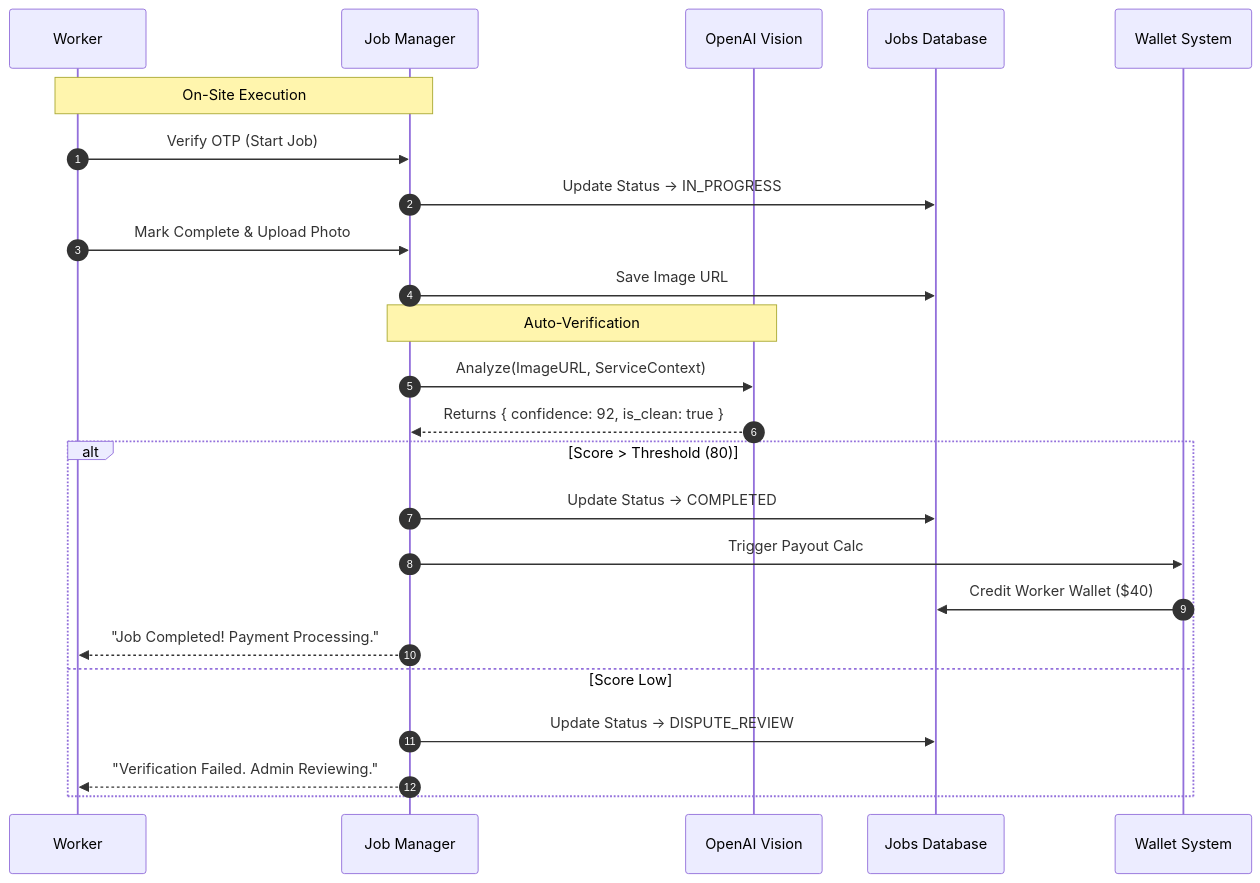
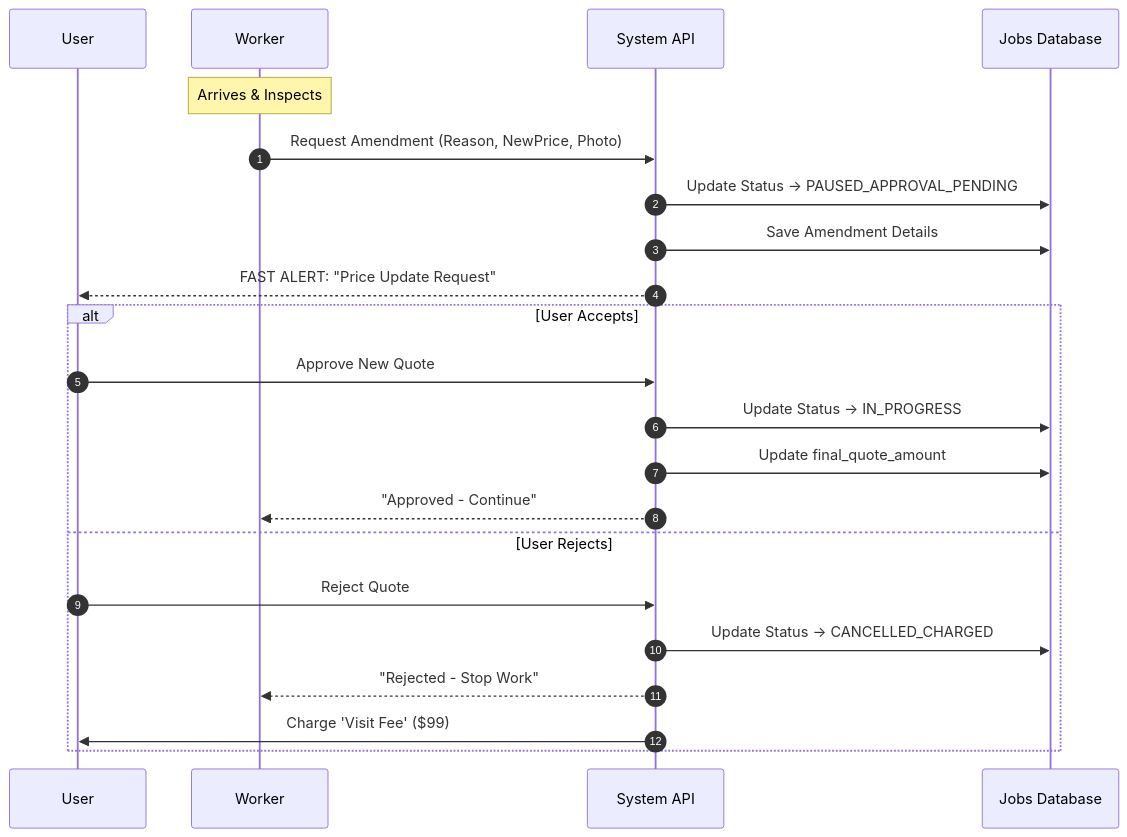
One commit to Somilg11/oddigo-v2 changed the third of 4 diagrams in docs_detailed_flows/detailed/DATA_FLOW_DIAGRAMS.md. Above: the diagram before and after it, drawn with Mermaid. The commit also changed other lines of this file and 4 other files, not shown here.

````diff
--- a/docs_detailed_flows/detailed/DATA_FLOW_DIAGRAMS.md
+++ b/docs_detailed_flows/detailed/DATA_FLOW_DIAGRAMS.md
@@ -78,30 +53,27 @@
 ```mermaid
 sequenceDiagram
     autonumber
+    participant User
     participant Worker
-    participant JobMgr as Job Manager
-    participant AI as OpenAI Vision
+    participant API as System API
     participant DB as Jobs Database
-    participant Wallet as Wallet System
 
-    Note over Worker, JobMgr: On-Site Execution
-    Worker->>JobMgr: Verify OTP (Start Job)
-    JobMgr->>DB: Update Status -> IN_PROGRESS
+    Note over Worker: Arrives & Inspects
+    Worker->>API: Request Amendment (Reason, NewPrice, Photo)
     
-    Worker->>JobMgr: Mark Complete & Upload Photo
-    JobMgr->>DB: Save Image URL
+    API->>DB: Update Status -> PAUSED_APPROVAL_PENDING
+    API->>DB: Save Amendment Details
+    API-->>User: FAST ALERT: "Price Update Request"
     
-    Note over JobMgr, AI: Auto-Verification
-    JobMgr->>AI: Analyze(ImageURL, ServiceContext)
-    AI-->>JobMgr: Returns { confidence: 92, is_clean: true }
-    
-    alt Score > Threshold (80)
-        JobMgr->>DB: Update Status -> COMPLETED
-        JobMgr->>Wallet: Trigger Payout Calc
-        Wallet->>DB: Credit Worker Wallet ($40)
-        JobMgr-->>Worker: "Job Completed! Payment Processing."
-    else Score Low
-        JobMgr->>DB: Update Status -> DISPUTE_REVIEW
-        JobMgr-->>Worker: "Verification Failed. Admin Reviewing."
+    alt User Accepts
+        User->>API: Approve New Quote
+        API->>DB: Update Status -> IN_PROGRESS
+        API->>DB: Update final_quote_amount
+        API-->>Worker: "Approved - Continue"
+    else User Rejects
+        User->>API: Reject Quote
+        API->>DB: Update Status -> CANCELLED_CHARGED
+        API-->>Worker: "Rejected - Stop Work"
+        API->>User: Charge 'Visit Fee' ($99)
     end
 ```
````
